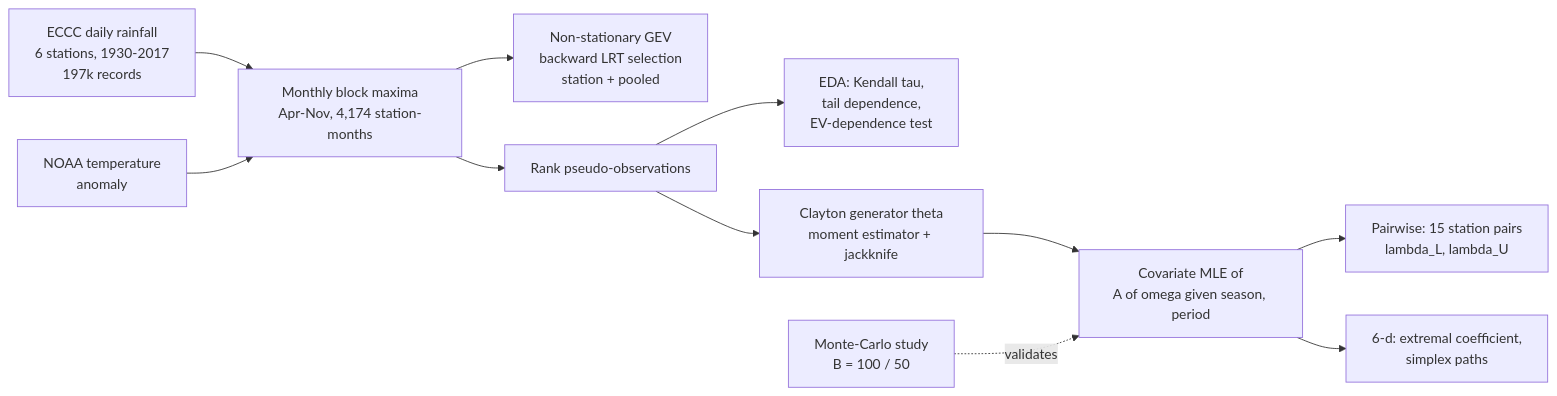
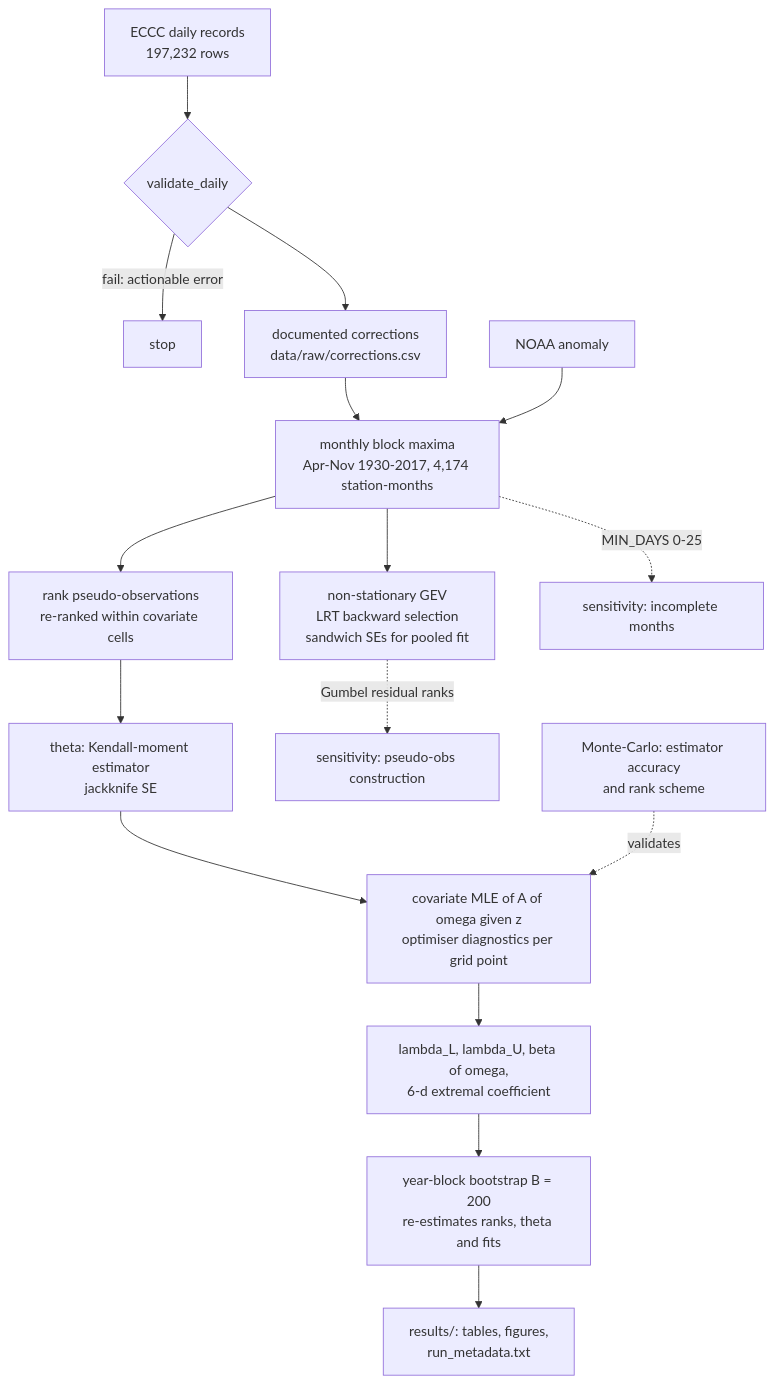
The first of 2 diagrams in README.md (EllenSyuu/SAC-thesis-2026), drawn with Mermaid before and after one commit. The commit also changed other lines of this file and 30 other files, not shown here.

First line of the commit message:
Phase 5: README rewrite with bootstrap results; final full rebuild

````diff
--- a/README.md
+++ b/README.md
@@ -36,13 +42,18 @@
 ```mermaid
-flowchart LR
-    A[ECCC daily rainfall<br/>6 stations, 1930-2017<br/>197k records] --> B[Monthly block maxima<br/>Apr-Nov, 4,174 station-months]
-    N[NOAA temperature<br/>anomaly] --> B
-    B --> C[Non-stationary GEV<br/>backward LRT selection<br/>station + pooled]
-    B --> D[Rank pseudo-observations]
-    D --> E[EDA: Kendall tau,<br/>tail dependence,<br/>EV-dependence test]
-    D --> F[Clayton generator theta<br/>moment estimator + jackknife]
-    F --> G[Covariate MLE of<br/>A of omega given season, period]
-    G --> H[Pairwise: 15 station pairs<br/>lambda_L, lambda_U]
-    G --> I[6-d: extremal coefficient,<br/>simplex paths]
-    S[Monte-Carlo study<br/>B = 100 / 50] -.validates.-> G
+flowchart TD
+    R[ECCC daily records<br/>197,232 rows] --> V{validate_daily}
+    V -->|fail: actionable error| X[stop]
+    V --> C[documented corrections<br/>data/raw/corrections.csv]
+    C --> M[monthly block maxima<br/>Apr-Nov 1930-2017, 4,174 station-months]
+    N[NOAA anomaly] --> M
+    M --> G[non-stationary GEV<br/>LRT backward selection<br/>sandwich SEs for pooled fit]
+    M --> P[rank pseudo-observations<br/>re-ranked within covariate cells]
+    P --> T[theta: Kendall-moment estimator<br/>jackknife SE]
+    T --> A[covariate MLE of A of omega given z<br/>optimiser diagnostics per grid point]
+    A --> S[lambda_L, lambda_U, beta of omega,<br/>6-d extremal coefficient]
+    S --> B[year-block bootstrap B = 200<br/>re-estimates ranks, theta and fits]
+    B --> O[results/: tables, figures,<br/>run_metadata.txt]
+    M -.MIN_DAYS 0-25.-> SD[sensitivity: incomplete months]
+    G -.Gumbel residual ranks.-> SG[sensitivity: pseudo-obs construction]
+    SIM[Monte-Carlo: estimator accuracy<br/>and rank scheme] -.validates.-> A
 ```
````
